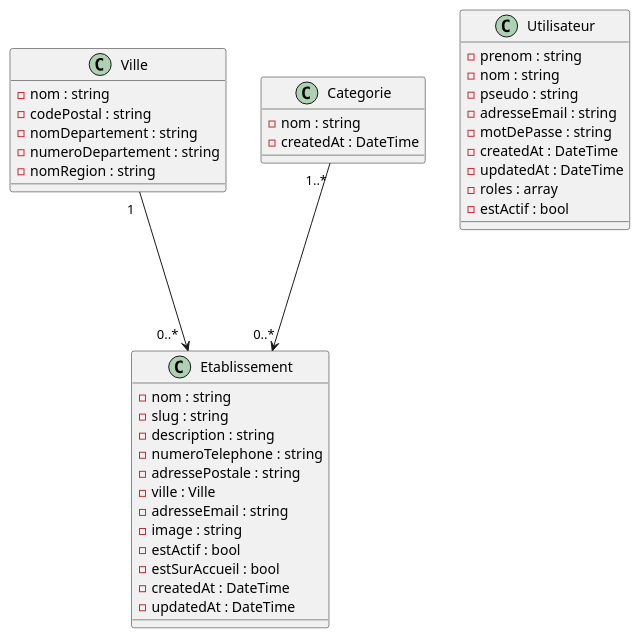
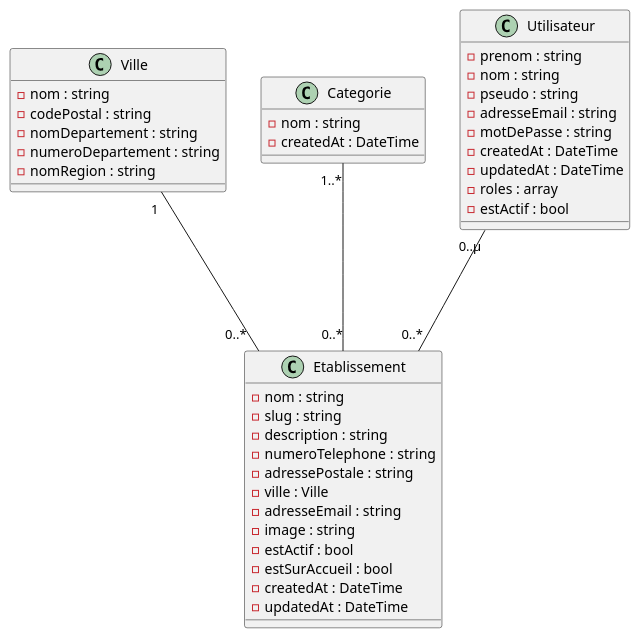
Before and after one commit to ThabussTeo/PROJET-BTS-SIO-FC-TOURISME: the diagram in documentation/class.puml, drawn with PlantUML. The commit also changed 10 other files, not shown here.

```diff
--- a/documentation/class.puml
+++ b/documentation/class.puml
@@ -1,54 +1,54 @@
-@startuml
+@startuml doc
 'https://plantuml.com/class-diagram
 
 class Etablissement {
     - nom : string
     - slug : string
     - description : string
     - numeroTelephone : string
     - adressePostale : string
     - ville : Ville
     - adresseEmail : string
     - image : string
     - estActif : bool
     - estSurAccueil : bool
     - createdAt : DateTime
     - updatedAt : DateTime
 }
 
 class Ville {
 
     - nom : string
     - codePostal : string
     - nomDepartement : string
     - numeroDepartement : string
     - nomRegion : string
 
 }
 
 class Categorie {
 
     - nom : string
     - createdAt : DateTime
 
 }
 
 class Utilisateur {
 
     - prenom : string
     - nom : string
     - pseudo : string
     - adresseEmail : string
     - motDePasse : string
     - createdAt : DateTime
     - updatedAt : DateTime
     - roles : array
     - estActif : bool
 
 }
 
-Ville "1  " ---> "0..*  " Etablissement
-Categorie "1..*" ---> "0..*" Etablissement
-
+Ville "1  " --- "0..*  " Etablissement
+Categorie "1..*" --- "0..*" Etablissement
+Utilisateur "0..µ" --- "0..*" Etablissement
 
 @enduml
```
